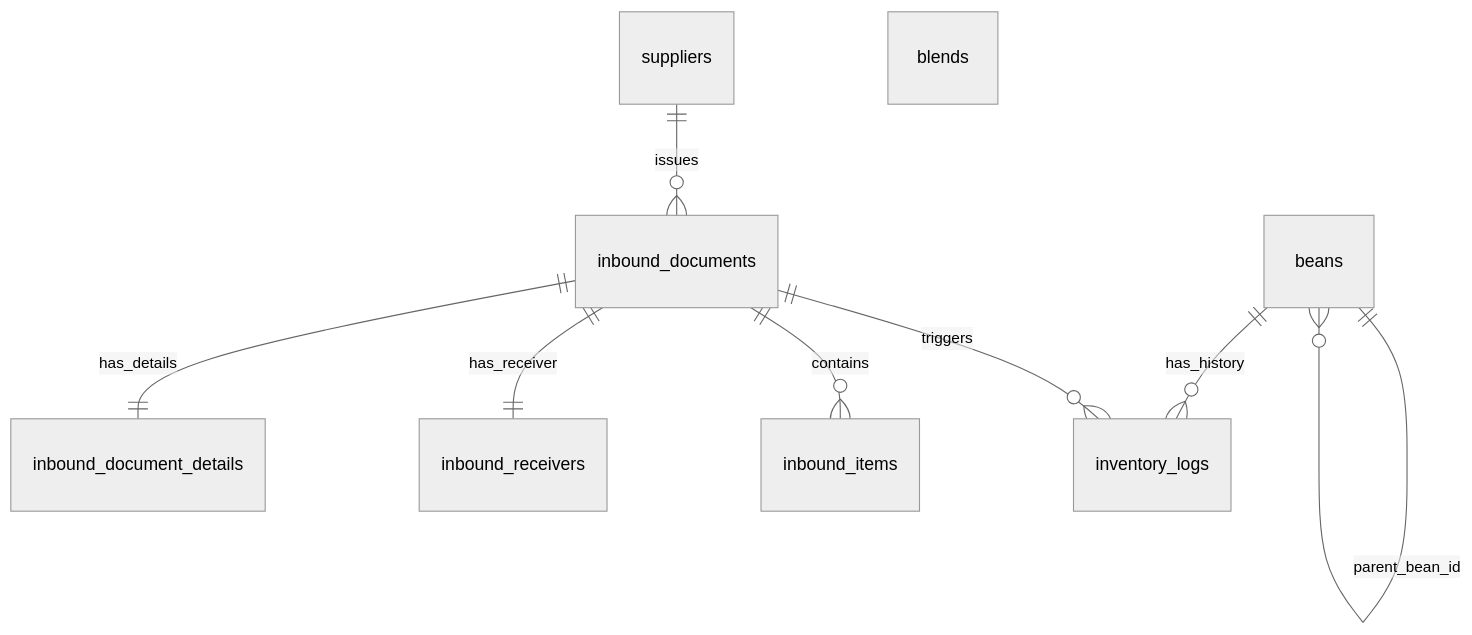
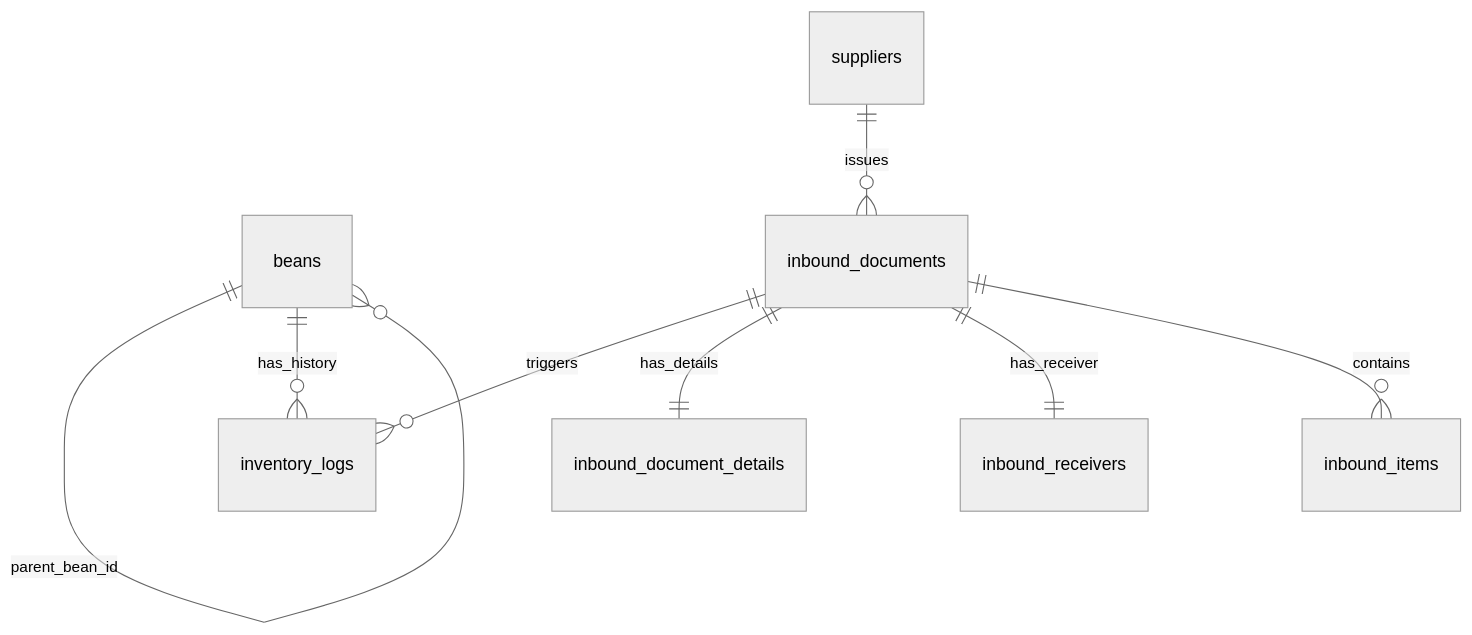
One commit to usermaum/Themoon changed the diagram in Documents/Architecture/DATABASE_SCHEMA.md. Above: the diagram before and after it, drawn with Mermaid (neutral theme).

Commit message:
fix(docs): DATABASE_SCHEMA.md ERD 빈 엔티티 블록 제거 (Mermaid 8.8.0 호환)

````diff
--- a/Documents/Architecture/DATABASE_SCHEMA.md
+++ b/Documents/Architecture/DATABASE_SCHEMA.md
@@ -20,29 +20,11 @@
 ```mermaid
 erDiagram
-    %% Entities
-    beans {
-    }
-    suppliers {
-    }
-    blends {
-    }
-    inbound_documents {
-    }
-    inbound_document_details {
-    }
-    inbound_receivers {
-    }
-    inbound_items {
-    }
-    inventory_logs {
-    }
-
     %% Relationships
     beans ||--o{ beans : "parent_bean_id"
     beans ||--o{ inventory_logs : "has_history"
     suppliers ||--o{ inbound_documents : "issues"
     inbound_documents ||--o{ inventory_logs : "triggers"
     inbound_documents ||--|| inbound_document_details : "has_details"
     inbound_documents ||--|| inbound_receivers : "has_receiver"
     inbound_documents ||--o{ inbound_items : "contains"
 ```
````
